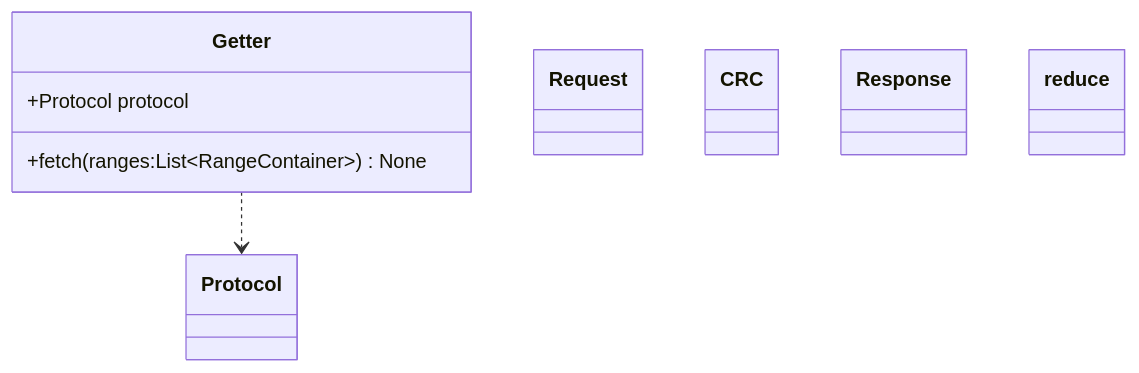
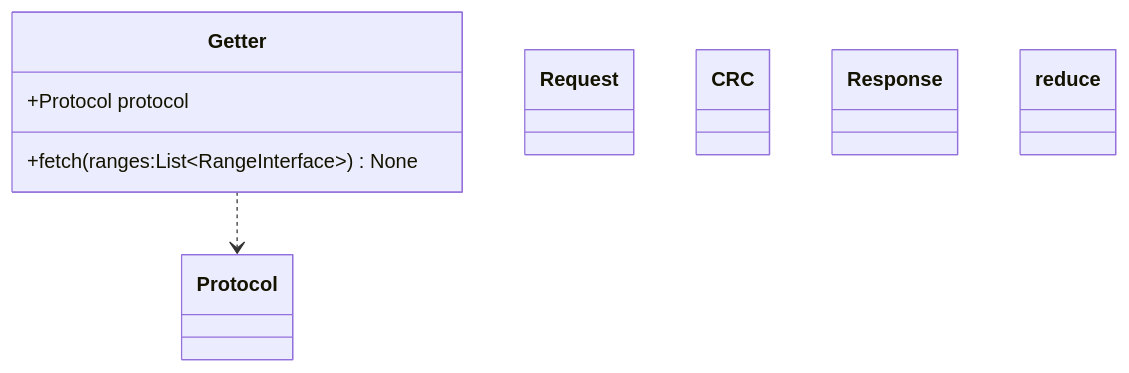
One commit to neerolyte/selpi changed the second of 3 diagrams in docs/design.md. Above: the diagram before and after it, drawn with Mermaid. The commit also changed other lines of this file and 5 other files, not shown here.

````diff
--- a/docs/design.md
+++ b/docs/design.md
@@ -73,18 +82,18 @@
 ```mermaid
 classDiagram
   Getter ..> Protocol
 
   class Getter{
     +Protocol protocol
-    +fetch(ranges:List~RangeContainer~) None
+    +fetch(ranges:List~RangeInterface~) None
   }
   class Protocol{
 
   }
   class Request{
 
   }
   class CRC
   class Response
   class reduce
 ```
````
